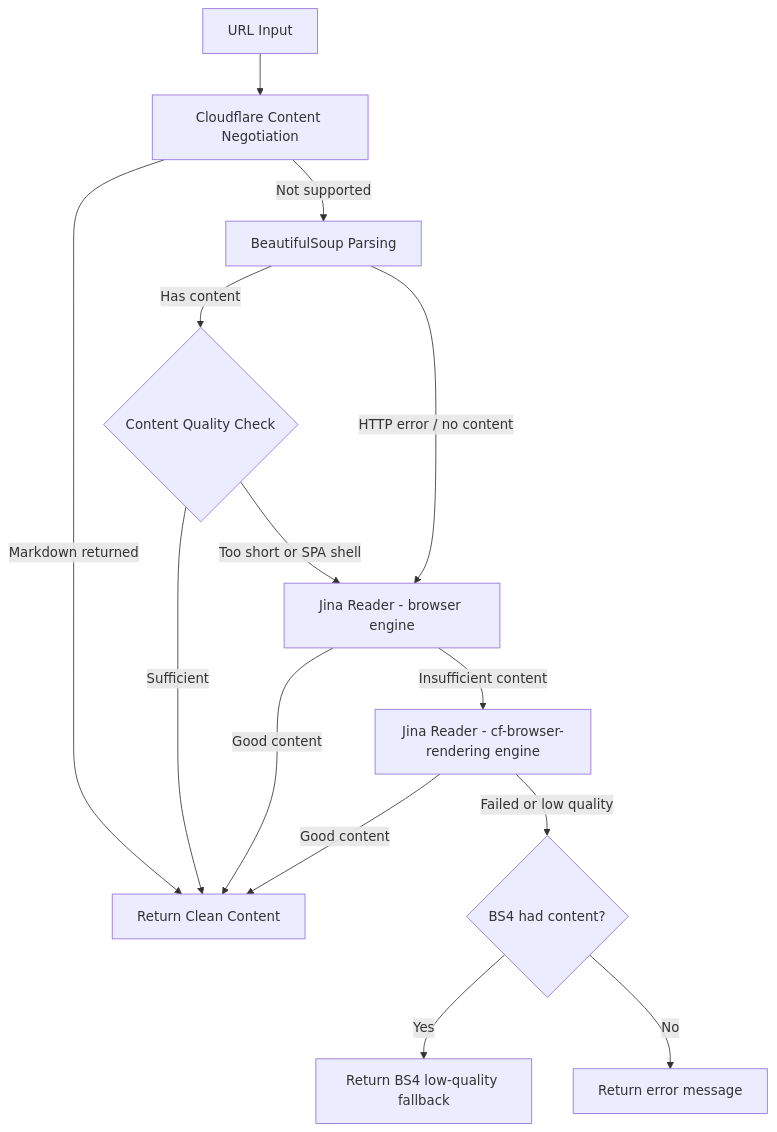
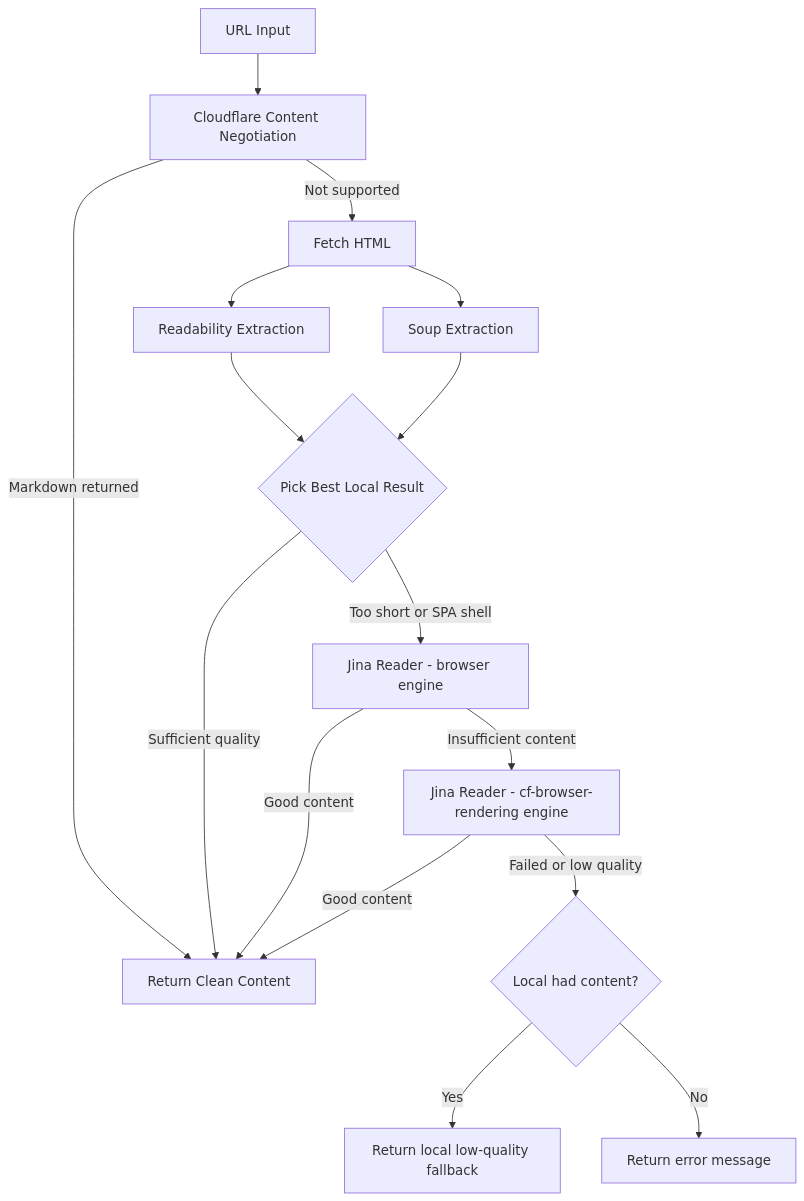
One commit to Oaklight/toolregistry-hub changed the diagram in docs/tools/websearch/web_fetch_tool.md. Above: the diagram before and after it, drawn with Mermaid. The commit also changed other lines of this file and 7 other files, not shown here.

````diff
--- a/docs/tools/websearch/web_fetch_tool.md
+++ b/docs/tools/websearch/web_fetch_tool.md
@@ -78,16 +81,17 @@
 ```mermaid
 flowchart TD
     A[URL Input] --> B[Cloudflare Content Negotiation]
     B -->|Markdown returned| Z[Return Clean Content]
-    B -->|Not supported| C[BeautifulSoup Parsing]
-    C -->|Has content| D{Content Quality Check}
-    D -->|Sufficient| Z
-    C -->|HTTP error / no content| F
-    D -->|Too short or SPA shell| F[Jina Reader - browser engine]
-    F -->|Good content| Z
-    F -->|Insufficient content| F2[Jina Reader - cf-browser-rendering engine]
-    F2 -->|Good content| Z
-    F2 -->|Failed or low quality| G{BS4 had content?}
-    G -->|Yes| H[Return BS4 low-quality fallback]
-    G -->|No| I[Return error message]
+    B -->|Not supported| C[Fetch HTML]
+    C --> D[Readability Extraction]
+    C --> E[Soup Extraction]
+    D & E --> F{Pick Best Local Result}
+    F -->|Sufficient quality| Z
+    F -->|Too short or SPA shell| G[Jina Reader - browser engine]
+    G -->|Good content| Z
+    G -->|Insufficient content| G2[Jina Reader - cf-browser-rendering engine]
+    G2 -->|Good content| Z
+    G2 -->|Failed or low quality| H{Local had content?}
+    H -->|Yes| I[Return local low-quality fallback]
+    H -->|No| J[Return error message]
 ```
````
